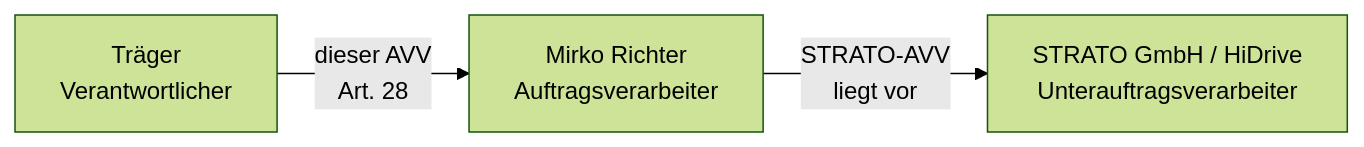
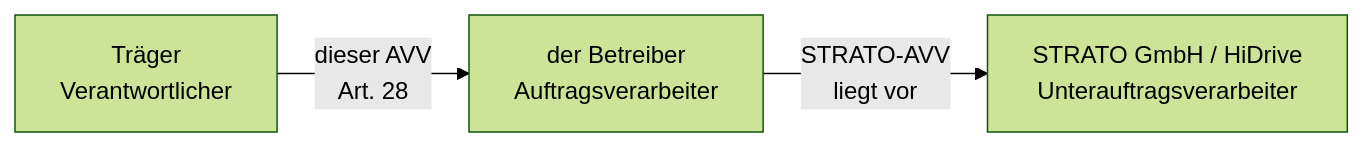
The diagram in docs/datenschutz/avv-traeger-betreiber.md (miri2577/FEGH-Leistungsnachweis), drawn with Mermaid (forest theme) before and after one commit. The commit also changed other lines of this file and 4 other files, not shown here.

````diff
--- a/docs/datenschutz/avv-traeger-betreiber.md
+++ b/docs/datenschutz/avv-traeger-betreiber.md
@@ -51,5 +51,5 @@
 ```mermaid
 flowchart LR
-    T["Träger<br/>Verantwortlicher"] -->|"dieser AVV<br/>Art. 28"| B["Mirko Richter<br/>Auftragsverarbeiter"]
+    T["Träger<br/>Verantwortlicher"] -->|"dieser AVV<br/>Art. 28"| B["der Betreiber<br/>Auftragsverarbeiter"]
     B -->|"STRATO-AVV<br/>liegt vor"| S["STRATO GmbH / HiDrive<br/>Unterauftragsverarbeiter"]
 ```
````
